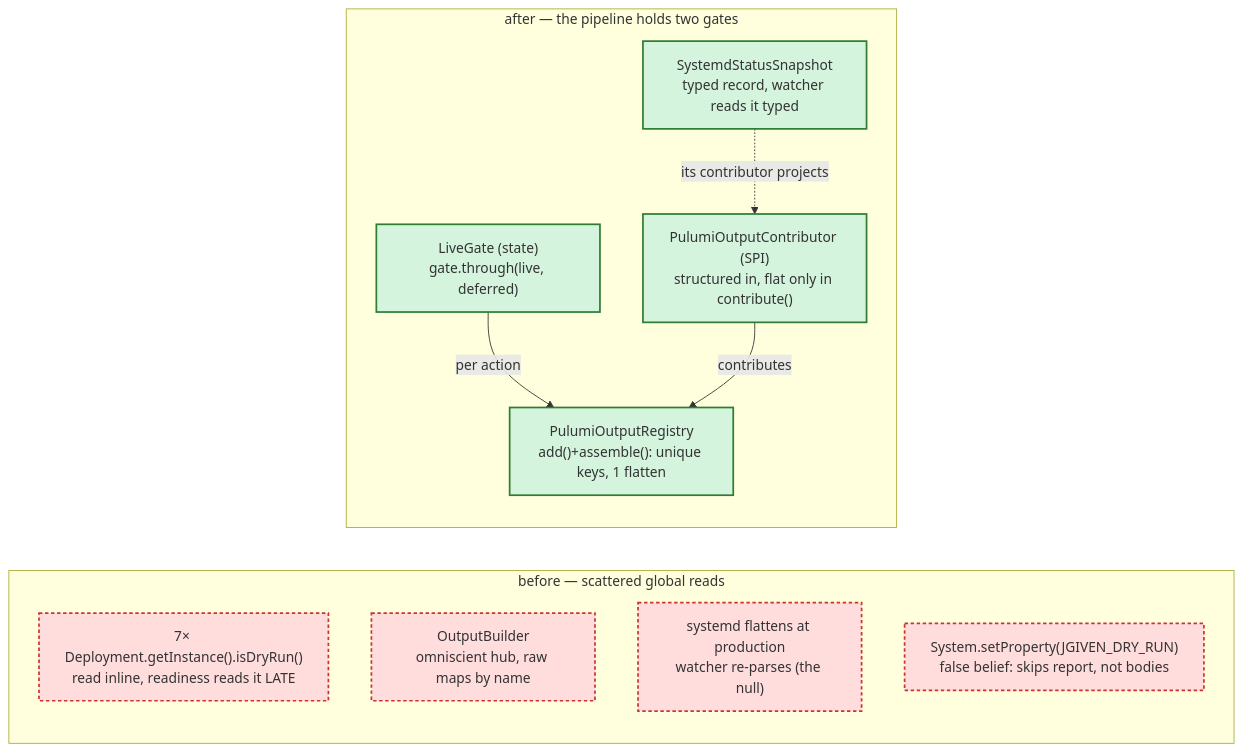
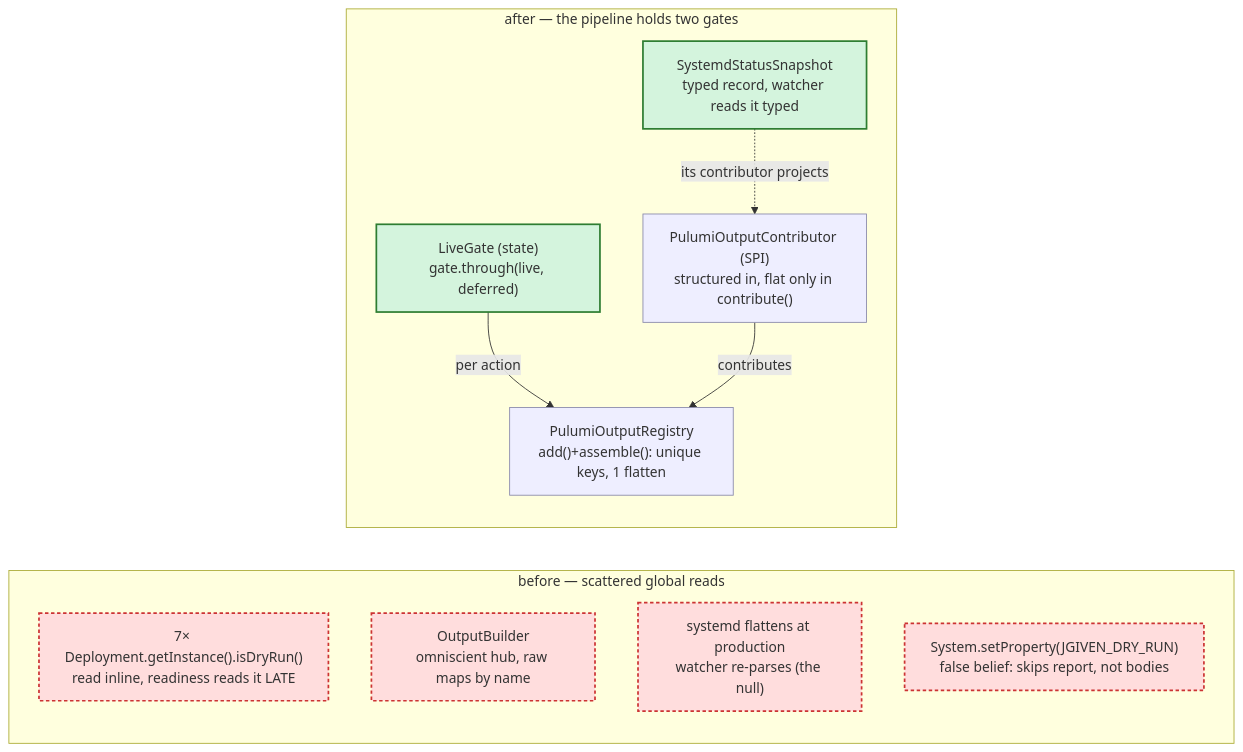
The first of 7 diagrams in docs/architecture/atlas/seed.adoc (nxmatic/rke2lab), drawn with Mermaid before and after one commit. The commit also changed other lines of this file and 35 other files, not shown here.

```diff
--- a/docs/architecture/atlas/seed.adoc
+++ b/docs/architecture/atlas/seed.adoc
@@ -66,24 +66,25 @@
 [mermaid]
 ....
 flowchart LR
   subgraph B[before — scattered global reads]
     b_dry["7× Deployment.getInstance().isDryRun()<br/>read inline, readiness reads it LATE"]
     b_hub["OutputBuilder<br/>omniscient hub, raw maps by name"]
     b_flat["systemd flattens at production<br/>watcher re-parses (the null)"]
     b_jgiven["System.setProperty(JGIVEN_DRY_RUN)<br/>false belief: skips report, not bodies"]
   end
   subgraph A[after — the pipeline holds two gates]
     a_gate["LiveGate (state)<br/>gate.through(live, deferred)"]
     a_reg["PulumiOutputRegistry<br/>add()+assemble(): unique keys, 1 flatten"]
     a_spi["PulumiOutputContributor (SPI)<br/>structured in, flat only in contribute()"]
     a_report["SystemdStatusSnapshot<br/>typed record, watcher reads it typed"]
     a_gate -->|per action| a_reg
     a_spi -->|contributes| a_reg
     a_report -.->|its contributor projects| a_spi
   end
   classDef built fill:#eef,stroke:#88a,stroke-width:1px;
   classDef new fill:#d4f4dd,stroke:#2e7d32,stroke-width:2px;
   classDef gone fill:#fdd,stroke:#c33,stroke-width:2px,stroke-dasharray:4 3;
   class b_dry,b_hub,b_flat,b_jgiven gone;
-  class a_gate,a_reg,a_spi,a_report new;
+  class a_reg,a_spi built;
+  class a_gate,a_report new;
 ....
```
